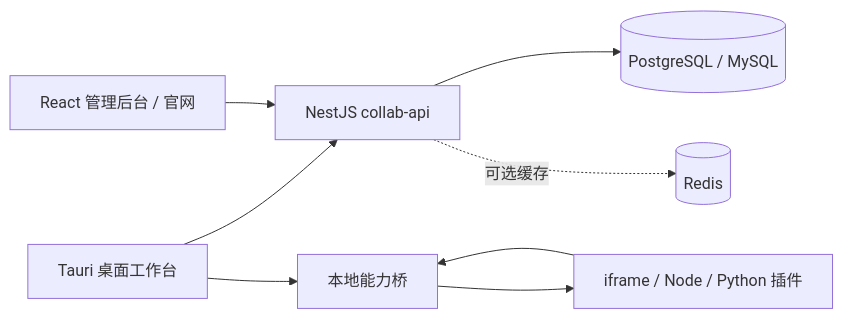
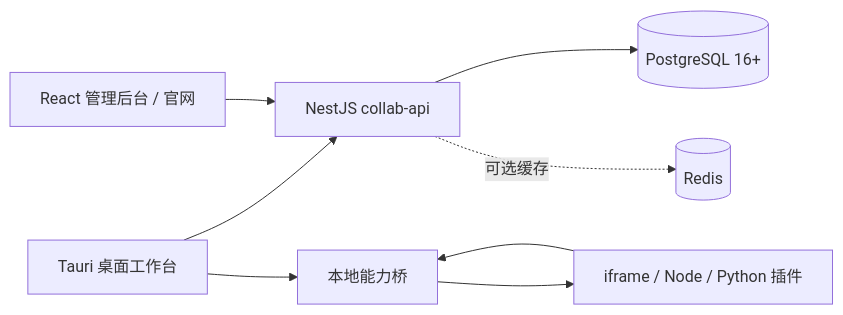
One commit to qiuuchan/lingfang-pan changed the diagram in README.md. Above: the diagram before and after it, drawn with Mermaid. The commit also changed other lines of this file, not shown here.

Commit message:
docs(readme): 撤回 MySQL/MariaDB 支持宣称，明确仅支持 PostgreSQL 16+ (P0-4)

````diff
--- a/README.md
+++ b/README.md
@@ -31,10 +31,10 @@
 ```mermaid
 flowchart LR
   Desktop["Tauri 桌面工作台"] --> API["NestJS collab-api"]
   Admin["React 管理后台 / 官网"] --> API
-  API --> DB[("PostgreSQL / MySQL")]
+  API --> DB[("PostgreSQL 16+")]
   API -. "可选缓存" .-> Redis[("Redis")]
   Desktop --> Bridge["本地能力桥"]
   Bridge --> Plugin["iframe / Node / Python 插件"]
   Plugin --> Bridge
 ```
````
